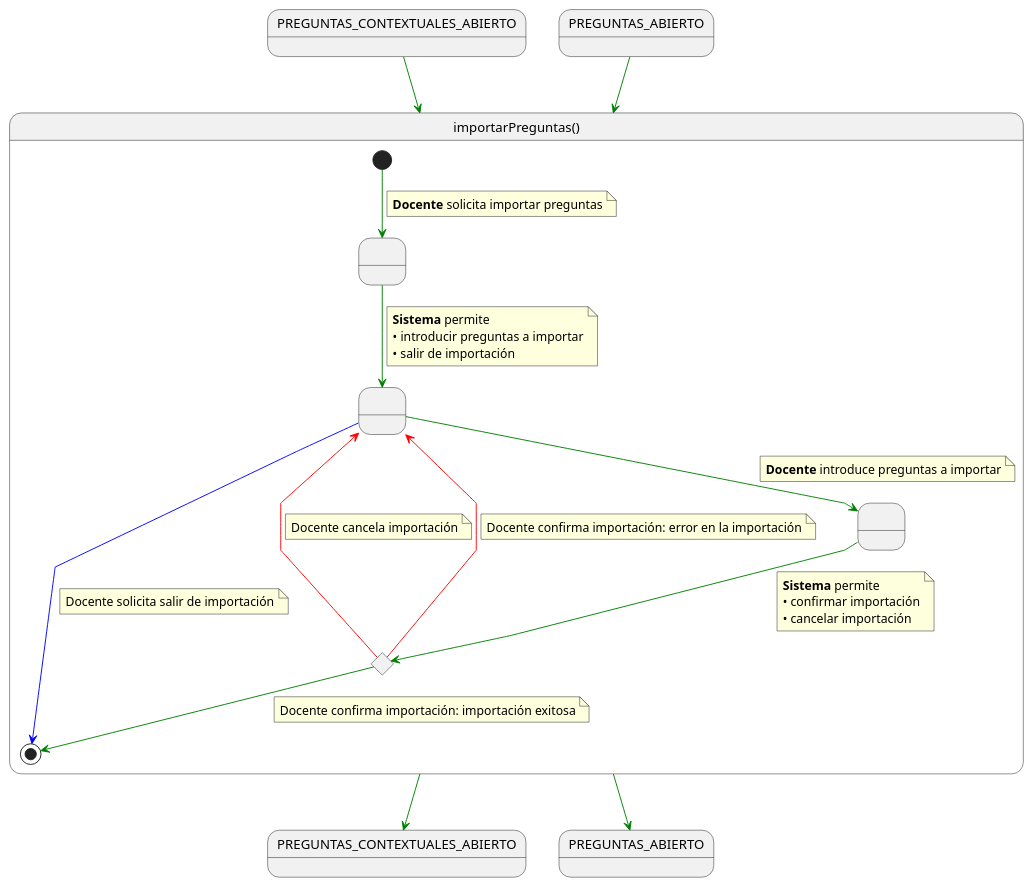
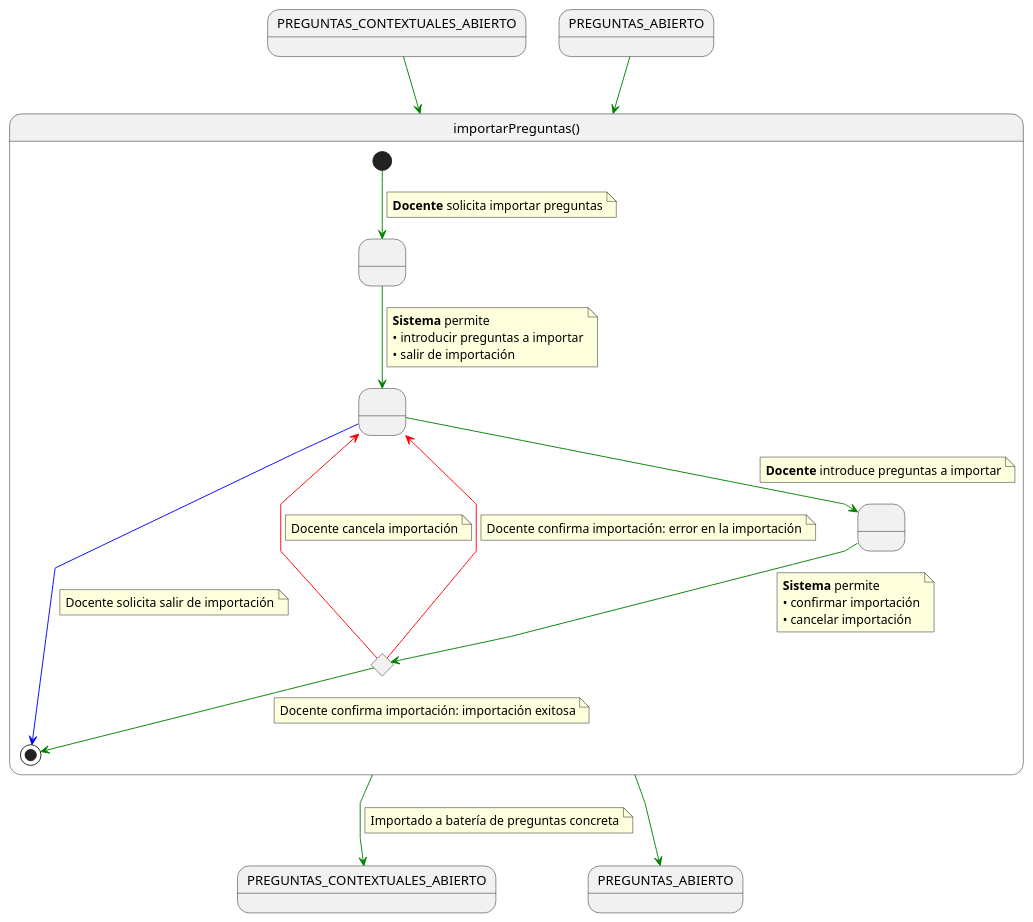
The diagram in documents/casos-de-uso/detalladoCasosDeUso/importarPreguntas/importarPreguntas.puml (martinlopez7/25-26-IdSw1-SdR), drawn with PlantUML before and after one commit. The commit also changed 8 other files, not shown here.

```diff
--- a/documents/casos-de-uso/detalladoCasosDeUso/importarPreguntas/importarPreguntas.puml
+++ b/documents/casos-de-uso/detalladoCasosDeUso/importarPreguntas/importarPreguntas.puml
@@ -1,69 +1,74 @@
 @startuml importarPreguntas
 
 skinparam linetype polyline
 
 state PREGUNTAS_CONTEXTUALES_ABIERTO
 state PREGUNTAS_CONTEXTUALES_ABIERTO2 as "PREGUNTAS_CONTEXTUALES_ABIERTO"
 state PREGUNTAS_ABIERTO2 as "PREGUNTAS_ABIERTO"
 
 state importarPreguntas as "importarPreguntas()" {
 
     state " " as RequiringImport
     state " " as ProvidingPreguntas
     state " " as ProvidingConfirmation
     state c <<choice>>
 
     [*] -[#green]-> RequiringImport
     note on link
     <b>Docente</b> solicita importar preguntas
     end note    
 
     RequiringImport -[#green]-> ProvidingPreguntas
     note on link
     <b>Sistema</b> permite 
     • introducir preguntas a importar
     • salir de importación
     end note
 
     ProvidingPreguntas -[#green]-> ProvidingConfirmation
     note on link
     <b>Docente</b> introduce preguntas a importar
     end note
 
     ProvidingConfirmation -[#green]-> c
     note on link
     <b>Sistema</b> permite
     • confirmar importación
     • cancelar importación
     end note
 
     c -[#red]-> ProvidingPreguntas
     note on link
     Docente cancela importación
     end note
 
     c -[#red]-> ProvidingPreguntas
     note on link
     Docente confirma importación: error en la importación
     end note
 
     c -[#green]-> [*]
     note on link
     Docente confirma importación: importación exitosa
     end note
         
     ProvidingPreguntas -[#blue]-> [*]
     note on link
     Docente solicita salir de importación
     end note
 }
 
 ' Conexiones existentes
 PREGUNTAS_ABIERTO -[#green]-> importarPreguntas
 importarPreguntas -[#green]-> PREGUNTAS_ABIERTO2
 
+
 ' Conexiones NUEVAS (Contextuales)
 PREGUNTAS_CONTEXTUALES_ABIERTO -[#green]-> importarPreguntas
 importarPreguntas -[#green]-> PREGUNTAS_CONTEXTUALES_ABIERTO2
+note on link
+Importado a batería de preguntas concreta
+end note
+
 
 @enduml
```
